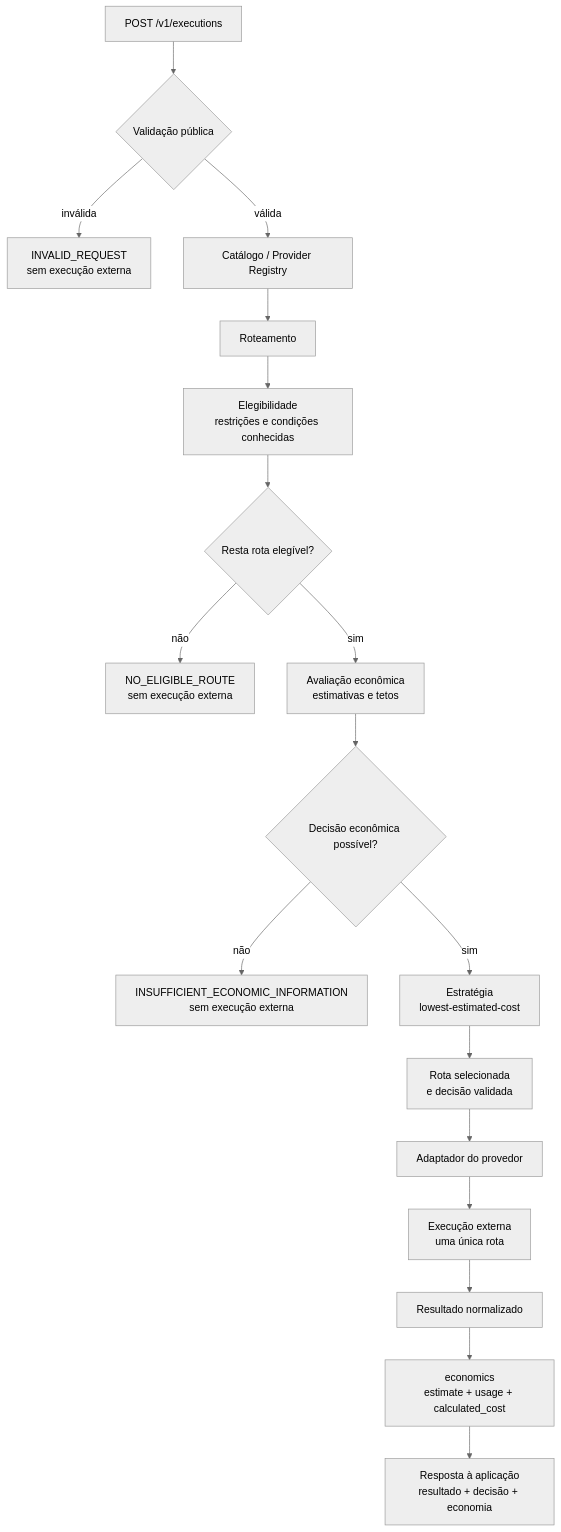
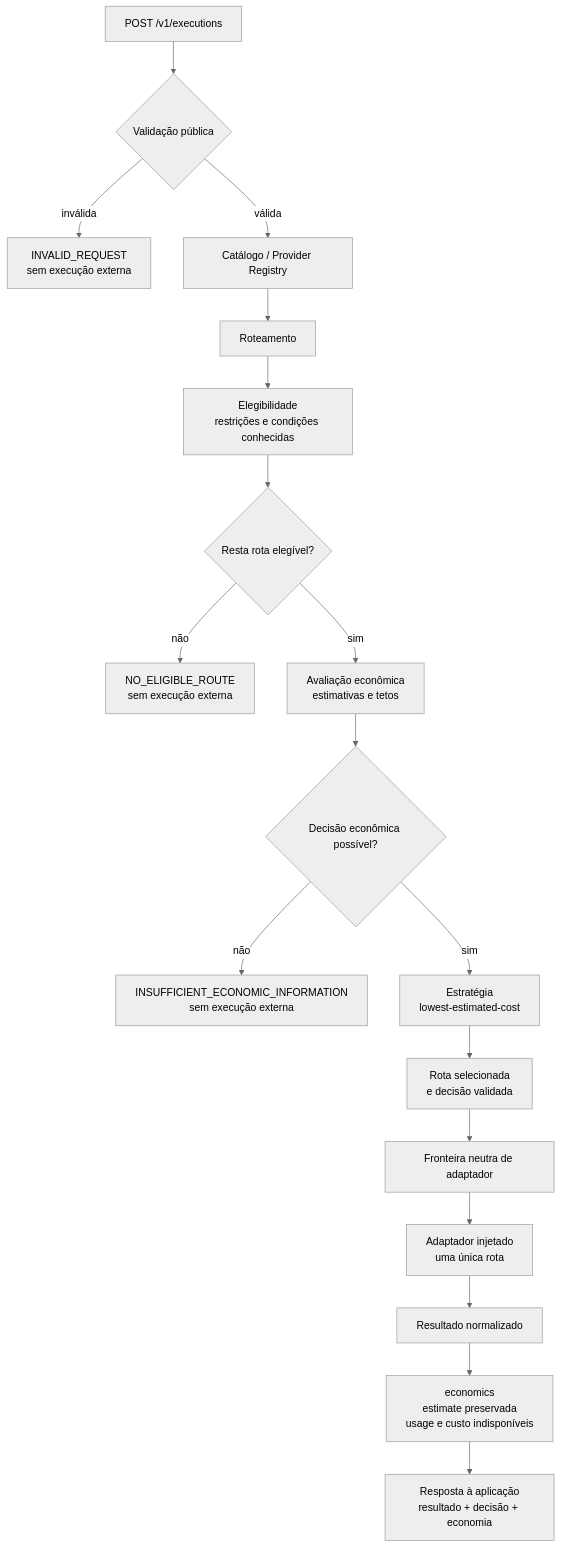
One commit to hallanbrito/maestro-router changed the diagram in docs/maps/SYSTEM-MAP.md. Above: the diagram before and after it, drawn with Mermaid (neutral theme). The commit also changed other lines of this file and 8 other files, not shown here.

````diff
--- a/docs/maps/SYSTEM-MAP.md
+++ b/docs/maps/SYSTEM-MAP.md
@@ -5,20 +5,20 @@
 ```mermaid
 flowchart TD
     A["POST /v1/executions"] --> B{"Validação pública"}
     B -->|inválida| X["INVALID_REQUEST<br/>sem execução externa"]
     B -->|válida| C["Catálogo / Provider Registry"]
     C --> D["Roteamento"]
     D --> E["Elegibilidade<br/>restrições e condições conhecidas"]
     E --> F{"Resta rota elegível?"}
     F -->|não| R1["NO_ELIGIBLE_ROUTE<br/>sem execução externa"]
     F -->|sim| G["Avaliação econômica<br/>estimativas e tetos"]
     G --> H{"Decisão econômica possível?"}
     H -->|não| R2["INSUFFICIENT_ECONOMIC_INFORMATION<br/>sem execução externa"]
     H -->|sim| I["Estratégia<br/>lowest-estimated-cost"]
     I --> J["Rota selecionada<br/>e decisão validada"]
-    J --> K["Adaptador do provedor"]
-    K --> L["Execução externa<br/>uma única rota"]
+    J --> K["Fronteira neutra de adaptador"]
+    K --> L["Adaptador injetado<br/>uma única rota"]
     L --> M["Resultado normalizado"]
-    M --> N["economics<br/>estimate + usage + calculated_cost"]
+    M --> N["economics<br/>estimate preservada<br/>usage e custo indisponíveis"]
     N --> O["Resposta à aplicação<br/>resultado + decisão + economia"]
 ```
````
